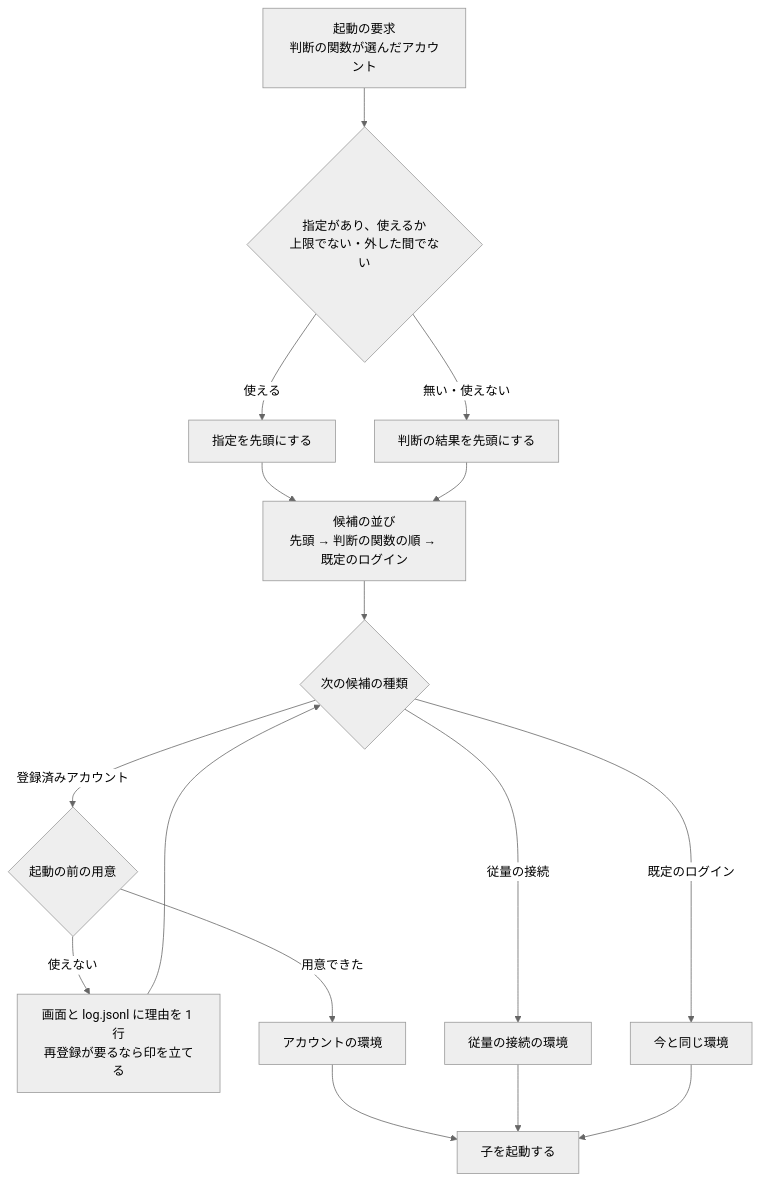
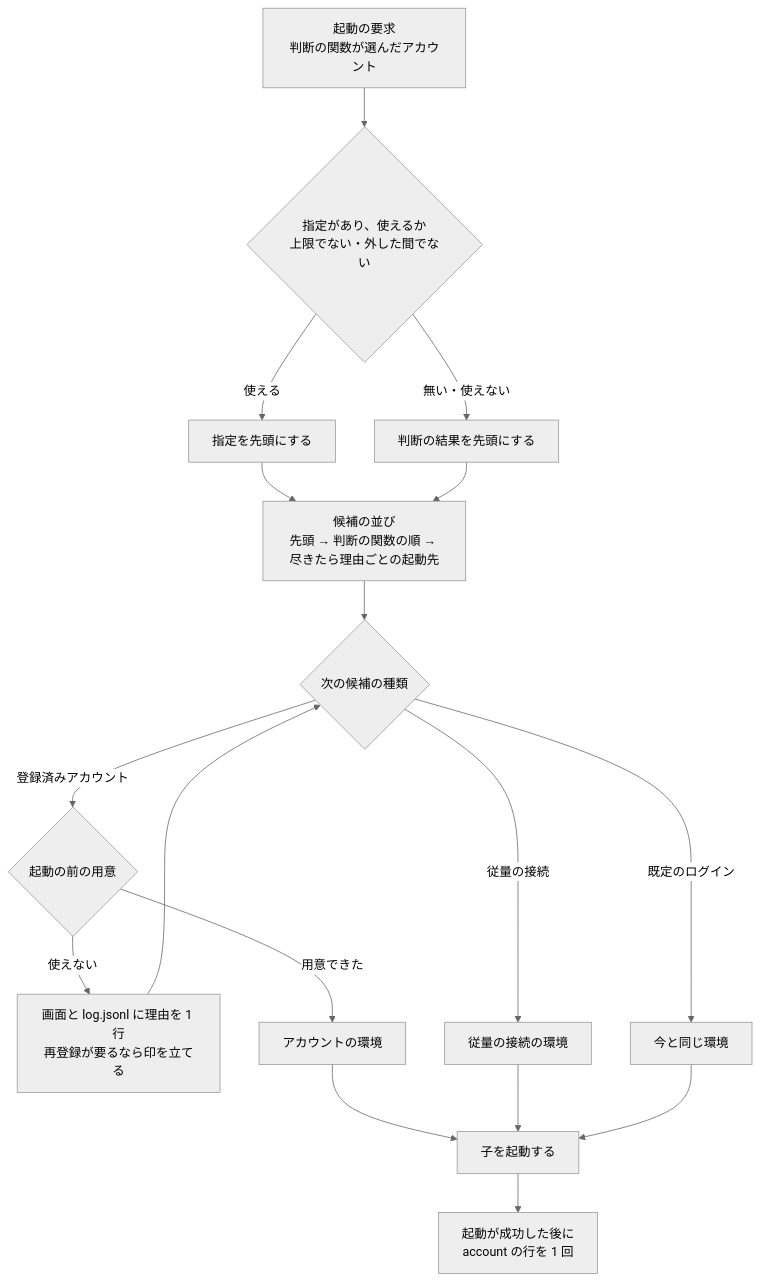
The third of 5 diagrams in issues/issue-3604-3864-design.md (devbasex/ai-plugins), drawn with Mermaid (neutral theme) before and after one commit. The commit also changed other lines of this file and 3 other files, not shown here.

````diff
--- a/issues/issue-3604-3864-design.md
+++ b/issues/issue-3604-3864-design.md
@@ -173,18 +179,19 @@
 ```mermaid
 flowchart TD
   A["起動の要求<br/>判断の関数が選んだアカウント"] --> B{"指定があり、使えるか<br/>上限でない・外した間でない"}
   B -- "使える" --> C1["指定を先頭にする"]
   B -- "無い・使えない" --> C2["判断の結果を先頭にする"]
-  C1 --> D["候補の並び<br/>先頭 → 判断の関数の順 → 既定のログイン"]
+  C1 --> D["候補の並び<br/>先頭 → 判断の関数の順 → 尽きたら理由ごとの起動先"]
   C2 --> D
   D --> E{"次の候補の種類"}
   E -- "登録済みアカウント" --> F{"起動の前の用意"}
   F -- "使えない" --> G["画面と log.jsonl に理由を 1 行<br/>再登録が要るなら印を立てる"]
   G --> E
   F -- "用意できた" --> H["アカウントの環境"]
   E -- "従量の接続" --> M["従量の接続の環境"]
   E -- "既定のログイン" --> N["今と同じ環境"]
+  S --> LG["起動が成功した後に<br/>account の行を 1 回"]
   H --> S["子を起動する"]
   M --> S
   N --> S
 ```
````
